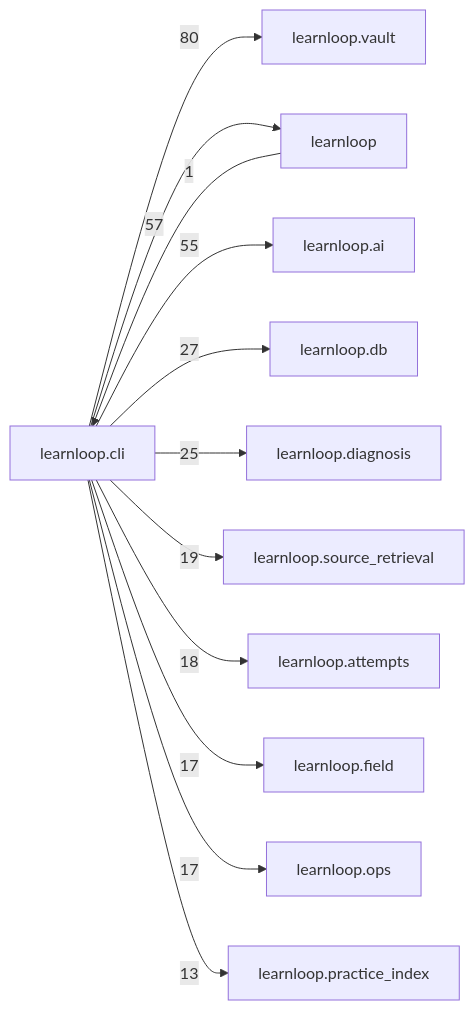
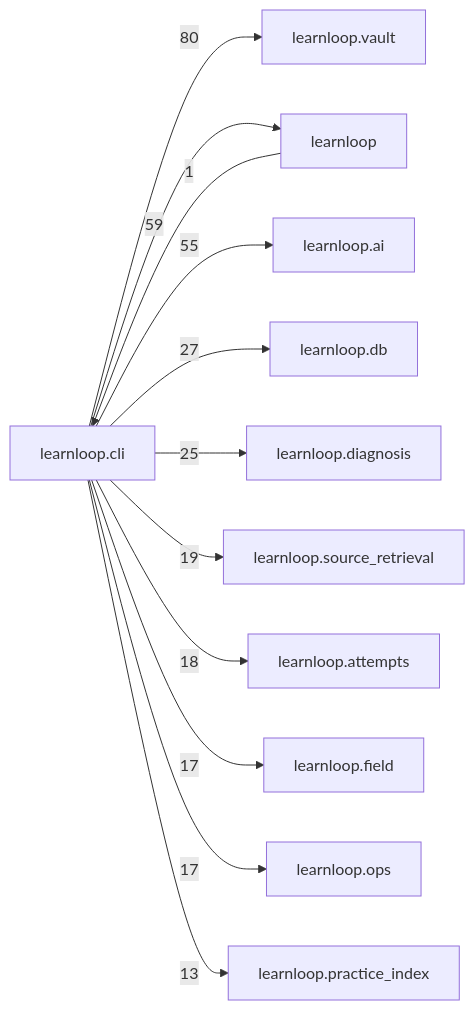
Before and after one commit to 6up-b/learnanything: the diagram in docs/learnloop-architecture-vault/Reference/Modules/learnloop/cli/_package.md, drawn with Mermaid. The commit also changed other lines of this file and 585 other files, not shown here.

````diff
--- a/docs/learnloop-architecture-vault/Reference/Modules/learnloop/cli/_package.md
+++ b/docs/learnloop-architecture-vault/Reference/Modules/learnloop/cli/_package.md
@@ -228,25 +229,25 @@
 ```mermaid
 flowchart LR
     center["learnloop.cli"]
     n_learnloop_vault["learnloop.vault"]
     n_learnloop["learnloop"]
     n_learnloop_ai["learnloop.ai"]
     n_learnloop_db["learnloop.db"]
     n_learnloop_diagnosis["learnloop.diagnosis"]
     n_learnloop_source_retrieval["learnloop.source_retrieval"]
     n_learnloop_attempts["learnloop.attempts"]
     n_learnloop_field["learnloop.field"]
     n_learnloop_ops["learnloop.ops"]
     n_learnloop_practice_index["learnloop.practice_index"]
     center -->|80| n_learnloop_vault
     n_learnloop -->|1| center
-    center -->|57| n_learnloop
+    center -->|59| n_learnloop
     center -->|55| n_learnloop_ai
     center -->|27| n_learnloop_db
     center -->|25| n_learnloop_diagnosis
     center -->|19| n_learnloop_source_retrieval
     center -->|18| n_learnloop_attempts
     center -->|17| n_learnloop_field
     center -->|17| n_learnloop_ops
     center -->|13| n_learnloop_practice_index
 ```
````
